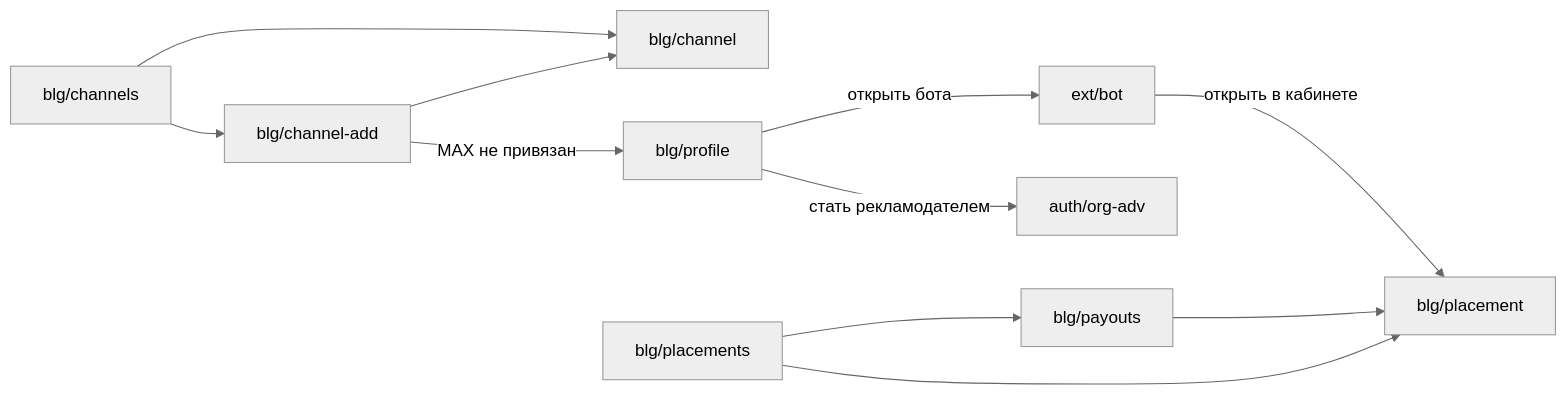
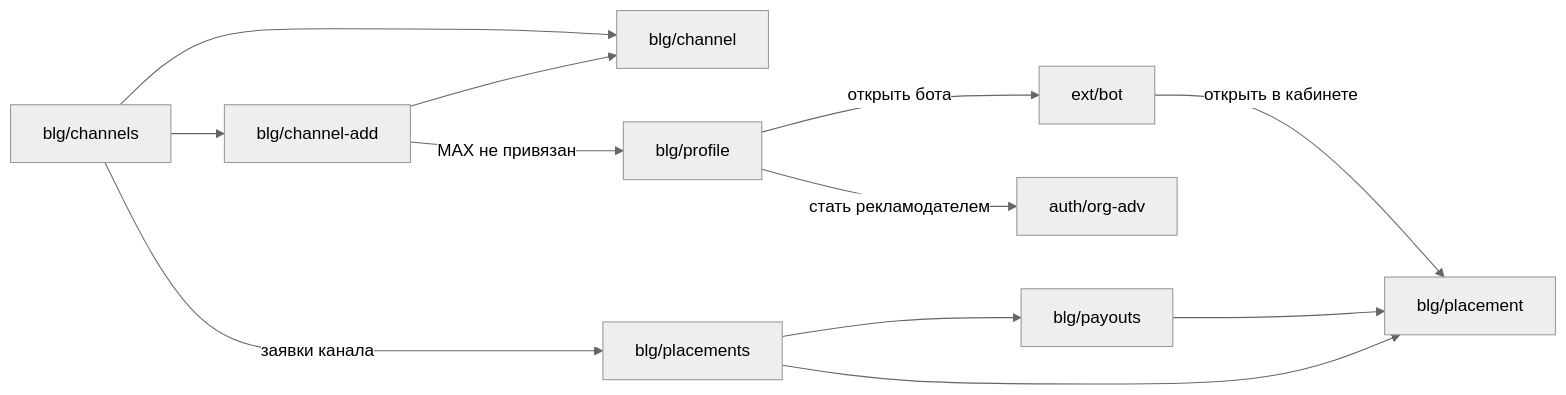
Before and after one commit to leha-creator/maxim: the third of 4 diagrams in docs/08-screens.md, drawn with Mermaid (neutral theme). The commit also changed other lines of this file and 3 other files, not shown here.

````diff
--- a/docs/08-screens.md
+++ b/docs/08-screens.md
@@ -107,13 +107,14 @@
 ```mermaid
 flowchart LR
     channels[blg/channels] --> channel_add[blg/channel-add]
     channel_add --> channel[blg/channel]
     channels --> channel
+    channels -->|заявки канала| placements
     placements[blg/placements] --> placement[blg/placement]
     placements --> payouts[blg/payouts]
     payouts --> placement
     channel_add -->|MAX не привязан| profile[blg/profile]
     profile -->|стать рекламодателем| org_adv[auth/org-adv]
     profile -->|открыть бота| bot[ext/bot]
     bot -->|открыть в кабинете| placement
 ```
````
